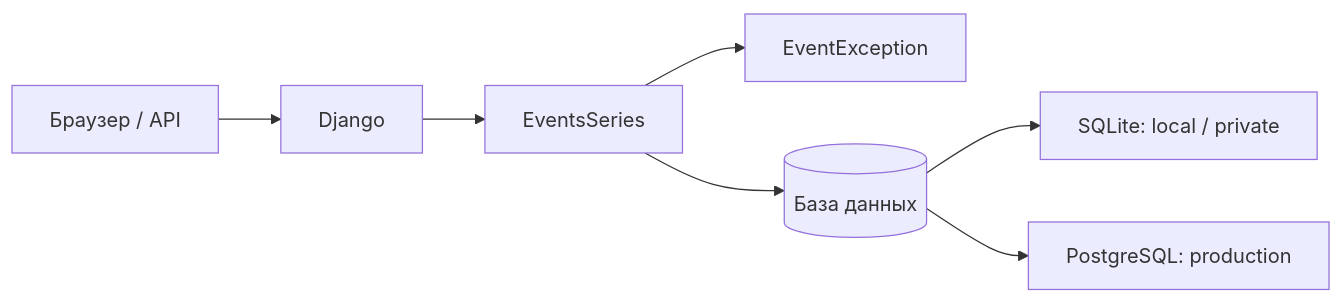
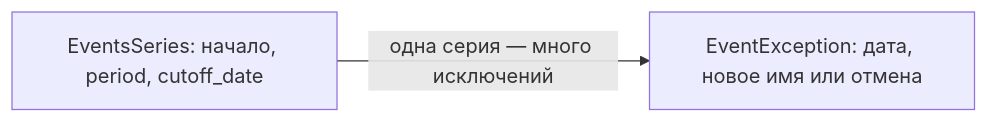
One commit to BorDch/recurring-calendar-api changed the diagram in README.md. Above: the diagram before and after it, drawn with Mermaid. The commit also changed other lines of this file and 4 other files, not shown here.

````diff
--- a/README.md
+++ b/README.md
@@ -28,9 +34,4 @@
 ```mermaid
 flowchart LR
-    C[Браузер / API] --> D[Django]
-    D --> S[EventsSeries]
-    S --> E[EventException]
-    S --> DB[(База данных)]
-    DB --> L[SQLite: local / private]
-    DB --> P[PostgreSQL: production]
+    S[EventsSeries: начало, period, cutoff_date] -->|одна серия — много исключений| E[EventException: дата, новое имя или отмена]
 ```
````
